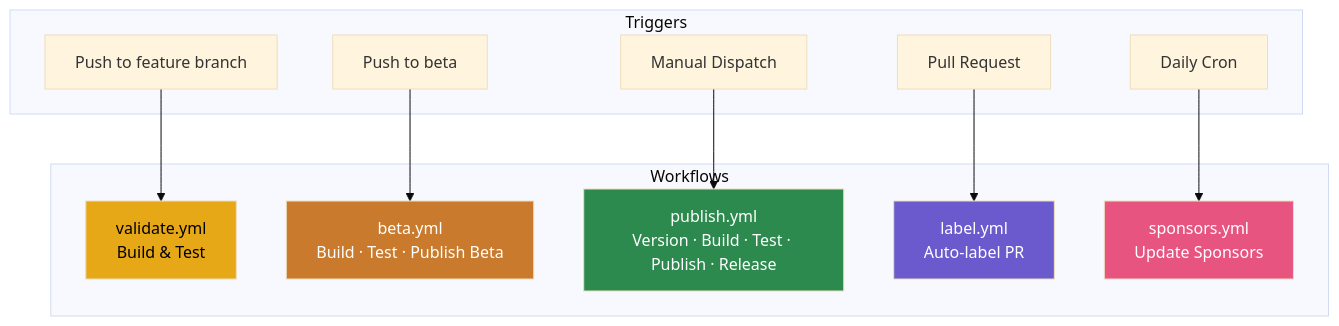
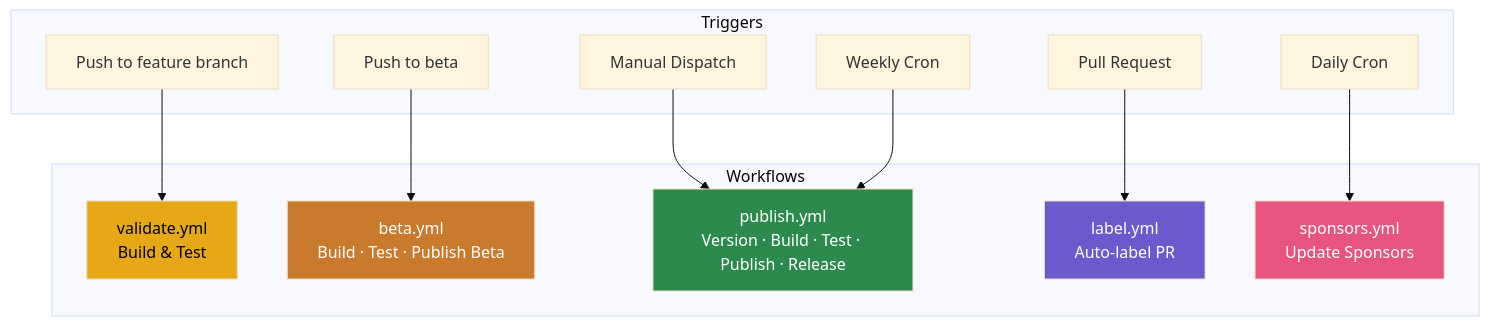
One commit to JamesIves/hlds-docker changed the seventh of 13 diagrams in ARCHITECTURE.md. Above: the diagram before and after it, drawn with Mermaid (base theme). The commit also changed other lines of this file and 13 other files, not shown here.

````diff
--- a/ARCHITECTURE.md
+++ b/ARCHITECTURE.md
@@ -163,30 +192,32 @@
 ```mermaid
 flowchart TD
     subgraph Triggers
         PUSH_FEAT["Push to feature branch"]
         PUSH_BETA["Push to beta"]
         DISPATCH["Manual Dispatch"]
+        WEEKLY["Weekly Cron"]
         PR["Pull Request"]
         CRON["Daily Cron"]
     end
 
     subgraph Workflows
         VAL["validate.yml<br>Build & Test"]
         BETA_WF["beta.yml<br>Build · Test · Publish Beta"]
         PUB["publish.yml<br>Version · Build · Test · Publish · Release"]
         LABEL["label.yml<br>Auto-label PR"]
         SPONSOR["sponsors.yml<br>Update Sponsors"]
     end
 
     PUSH_FEAT --> VAL
     PUSH_BETA --> BETA_WF
     DISPATCH --> PUB
+    WEEKLY --> PUB
     PR --> LABEL
     CRON --> SPONSOR
 
     style VAL fill:#e6a817,color:#000
     style BETA_WF fill:#c97a2d,color:#fff
     style PUB fill:#2d8a4e,color:#fff
     style LABEL fill:#6a5acd,color:#fff
     style SPONSOR fill:#e75480,color:#fff
 ```
````
